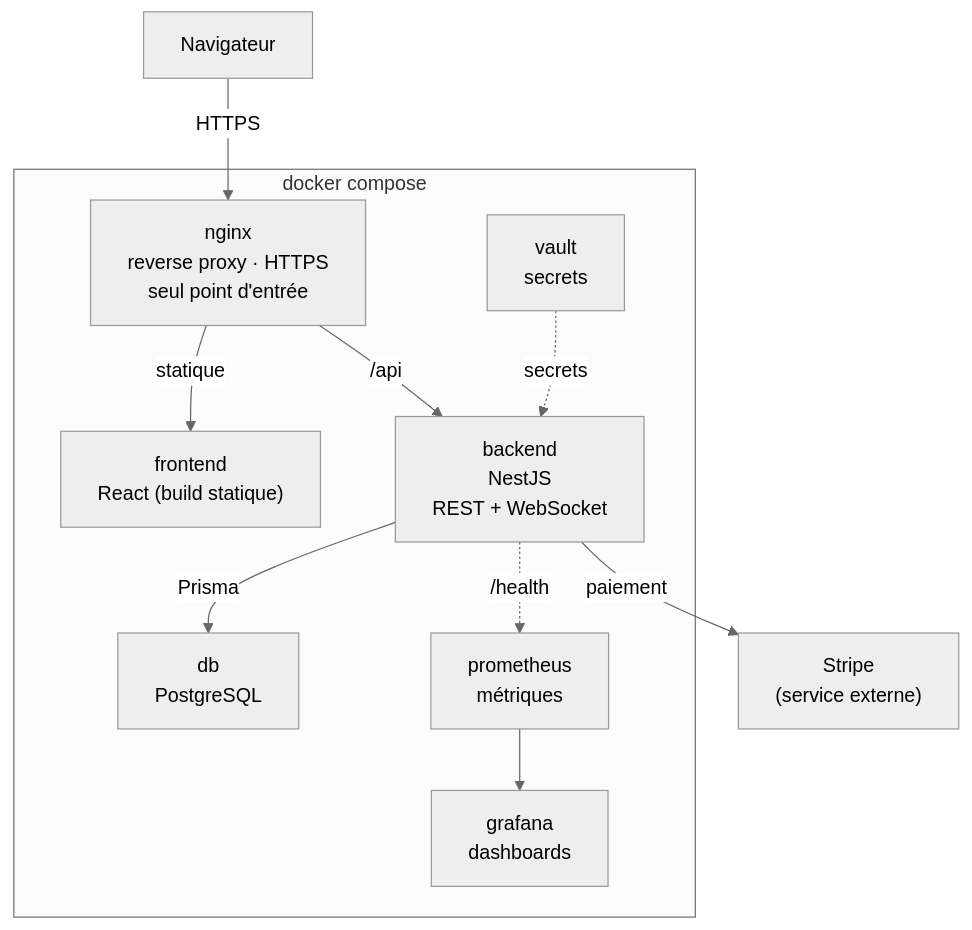
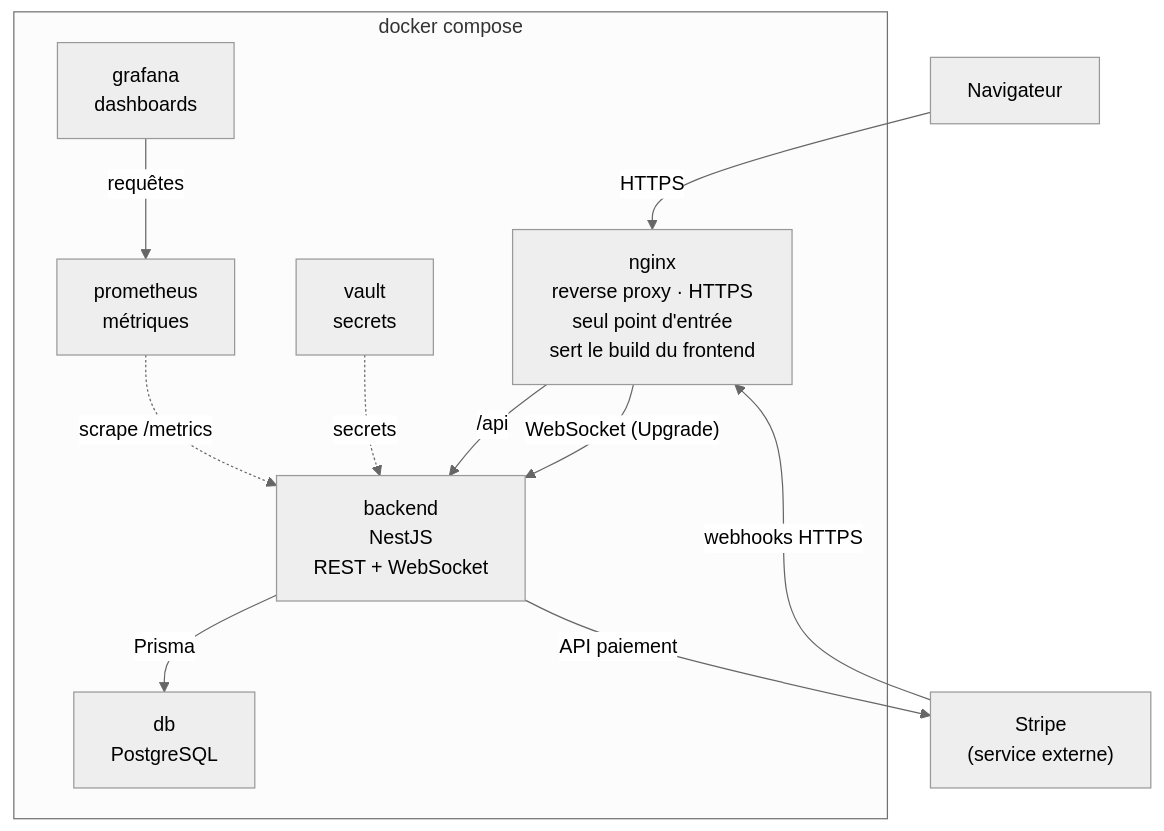
Before and after one commit to Les-razmokets/42-transcendence: the second of 2 diagrams in docs/diagram-archi.md, drawn with Mermaid (neutral theme). The commit also changed other lines of this file, not shown here.

Commit message:
fix(db): changing arrow between services

````diff
--- a/docs/diagram-archi.md
+++ b/docs/diagram-archi.md
@@ -34,25 +34,26 @@
 ```mermaid
 flowchart TB
     Client["Navigateur"]
+    Stripe["Stripe<br/>(service externe)"]
 
     Client -- "HTTPS" --> Nginx
+    Stripe -- "webhooks HTTPS" --> Nginx
 
     subgraph Compose["docker compose"]
-        Nginx["nginx\nreverse proxy · HTTPS\nseul point d'entrée"]
-        Frontend["frontend\nReact (build statique)"]
-        Backend["backend\nNestJS\nREST + WebSocket"]
-        DB["db\nPostgreSQL"]
-        Vault["vault\nsecrets"]
-        Prometheus["prometheus\nmétriques"]
-        Grafana["grafana\ndashboards"]
+        Nginx["nginx<br/>reverse proxy · HTTPS<br/>seul point d'entrée<br/>sert le build du frontend"]
+        Backend["backend<br/>NestJS<br/>REST + WebSocket"]
+        DB["db<br/>PostgreSQL"]
+        Vault["vault<br/>secrets"]
+        Prometheus["prometheus<br/>métriques"]
+        Grafana["grafana<br/>dashboards"]
 
-        Nginx -- "statique" --> Frontend
         Nginx -- "/api" --> Backend
+        Nginx -- "WebSocket (Upgrade)" --> Backend
         Backend -- "Prisma" --> DB
         Vault -. "secrets" .-> Backend
-        Backend -. "/health" .-> Prometheus
-        Prometheus --> Grafana
+        Prometheus -. "scrape /metrics" .-> Backend
+        Grafana -- "requêtes" --> Prometheus
     end
 
-    Backend -- "paiement" --> Stripe["Stripe\n(service externe)"]
+    Backend -- "API paiement" --> Stripe
 ```
````
